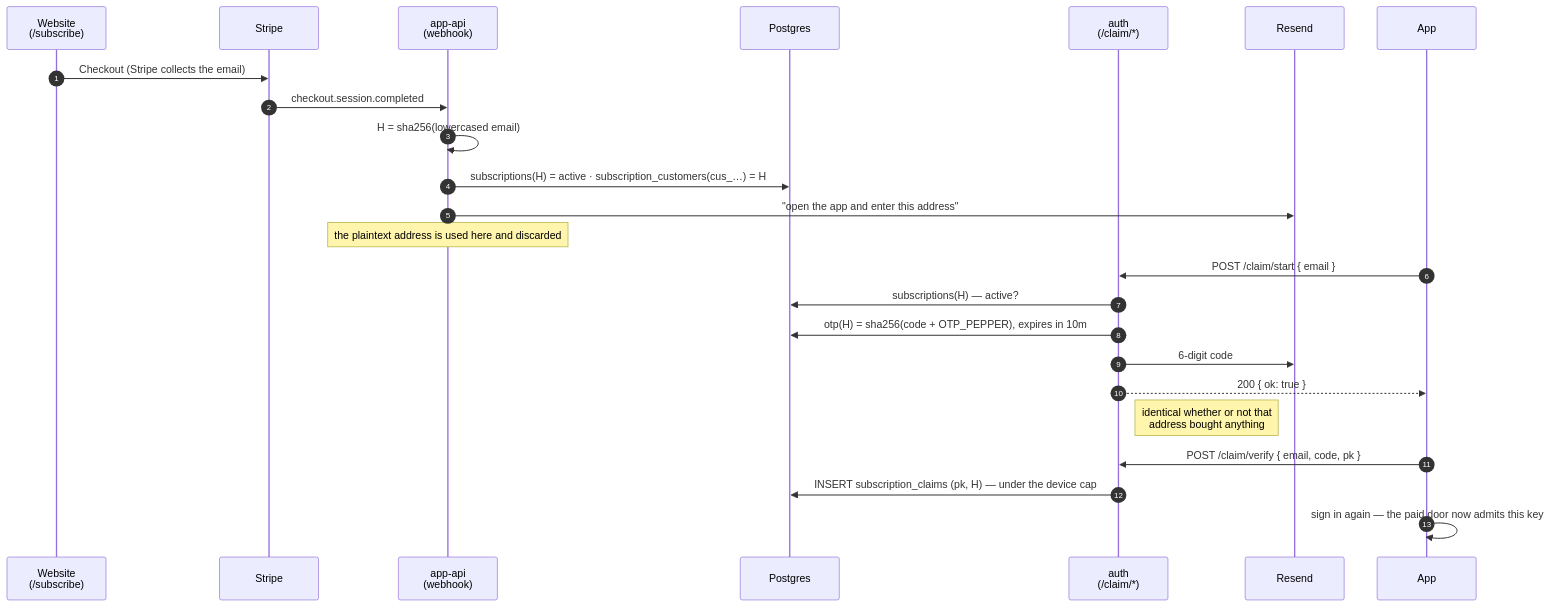
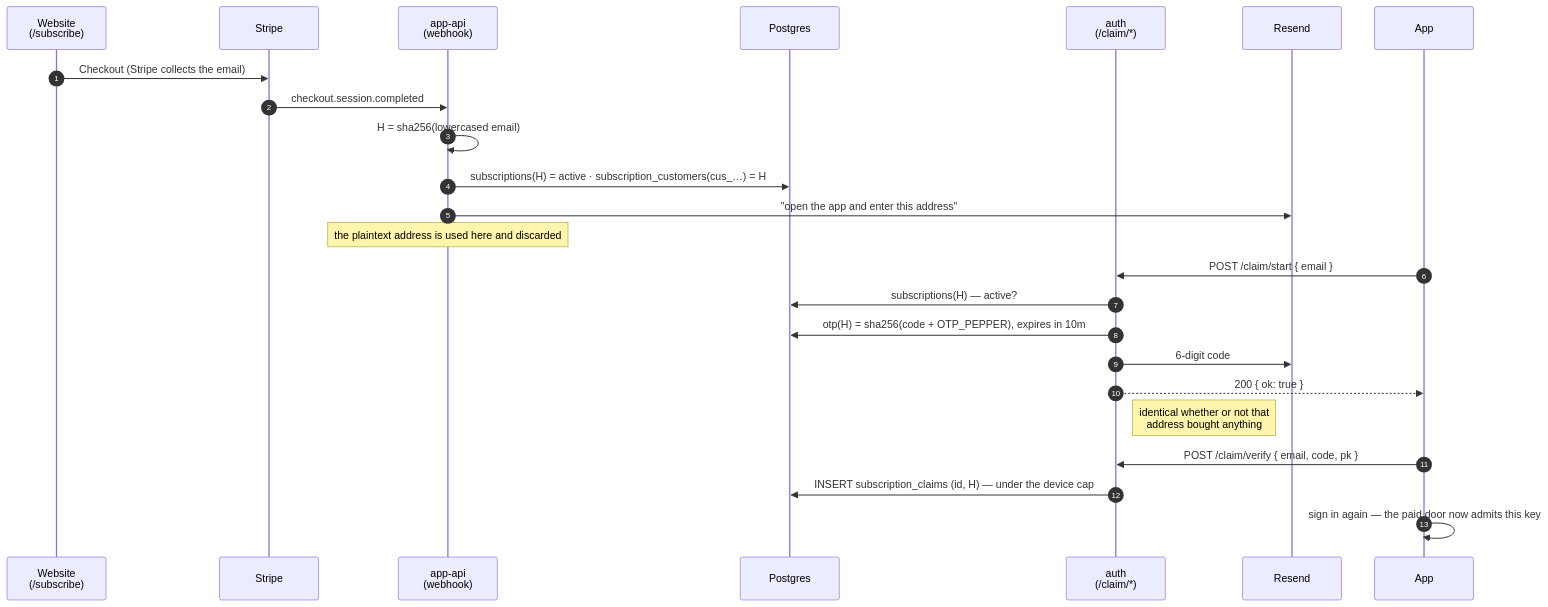
One commit to MartinRougeron2/HQChat-Server changed the second of 2 diagrams in docs/architecture/auth-flow.md. Above: the diagram before and after it, drawn with Mermaid. The commit also changed other lines of this file and 95 other files, not shown here.

````diff
--- a/docs/architecture/auth-flow.md
+++ b/docs/architecture/auth-flow.md
@@ -115,29 +126,29 @@
 ```mermaid
 sequenceDiagram
     autonumber
     participant Web as Website<br/>(/subscribe)
     participant Stripe
     participant API as app-api<br/>(webhook)
     participant PG as Postgres
     participant Auth as auth<br/>(/claim/*)
     participant Mail as Resend
     participant App
 
     Web->>Stripe: Checkout (Stripe collects the email)
     Stripe->>API: checkout.session.completed
     API->>API: H = sha256(lowercased email)
     API->>PG: subscriptions(H) = active · subscription_customers(cus_…) = H
     API->>Mail: "open the app and enter this address"
     Note over API: the plaintext address is used here and discarded
 
     App->>Auth: POST /claim/start { email }
     Auth->>PG: subscriptions(H) — active?
     Auth->>PG: otp(H) = sha256(code + OTP_PEPPER), expires in 10m
     Auth->>Mail: 6-digit code
     Auth-->>App: 200 { ok: true }
     Note right of Auth: identical whether or not that<br/>address bought anything
 
     App->>Auth: POST /claim/verify { email, code, pk }
-    Auth->>PG: INSERT subscription_claims (pk, H) — under the device cap
+    Auth->>PG: INSERT subscription_claims (id, H) — under the device cap
     App->>App: sign in again — the paid door now admits this key
 ```
````
